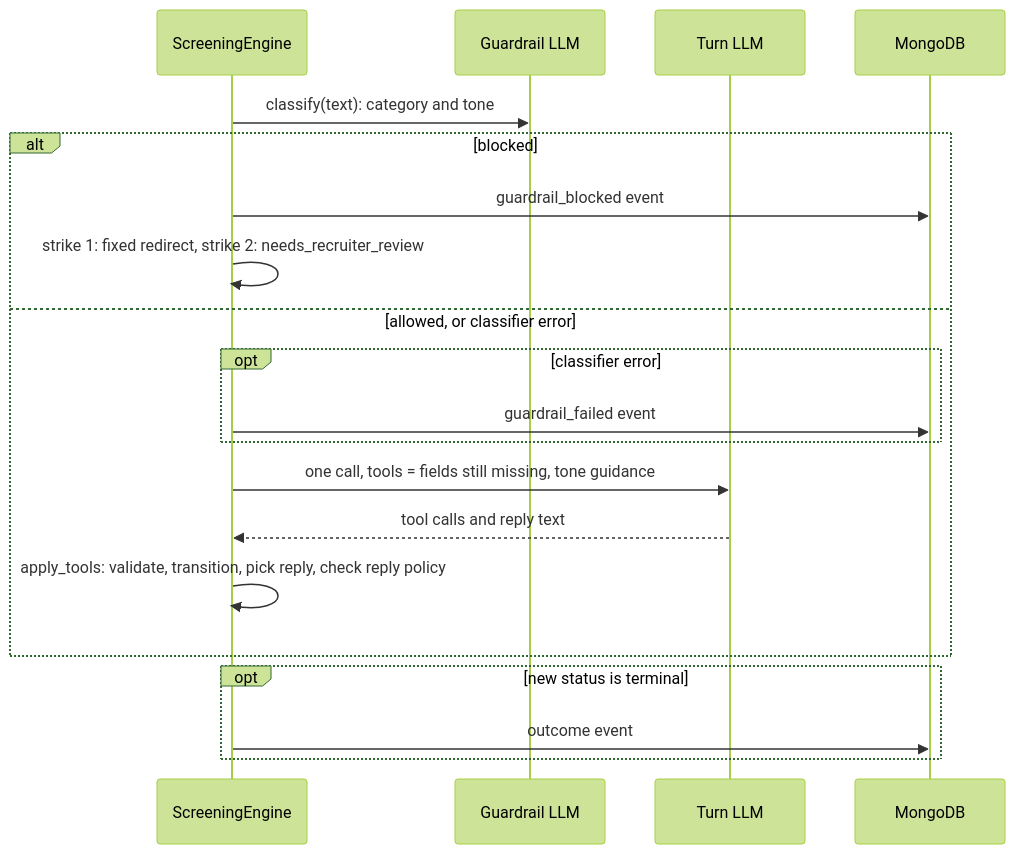
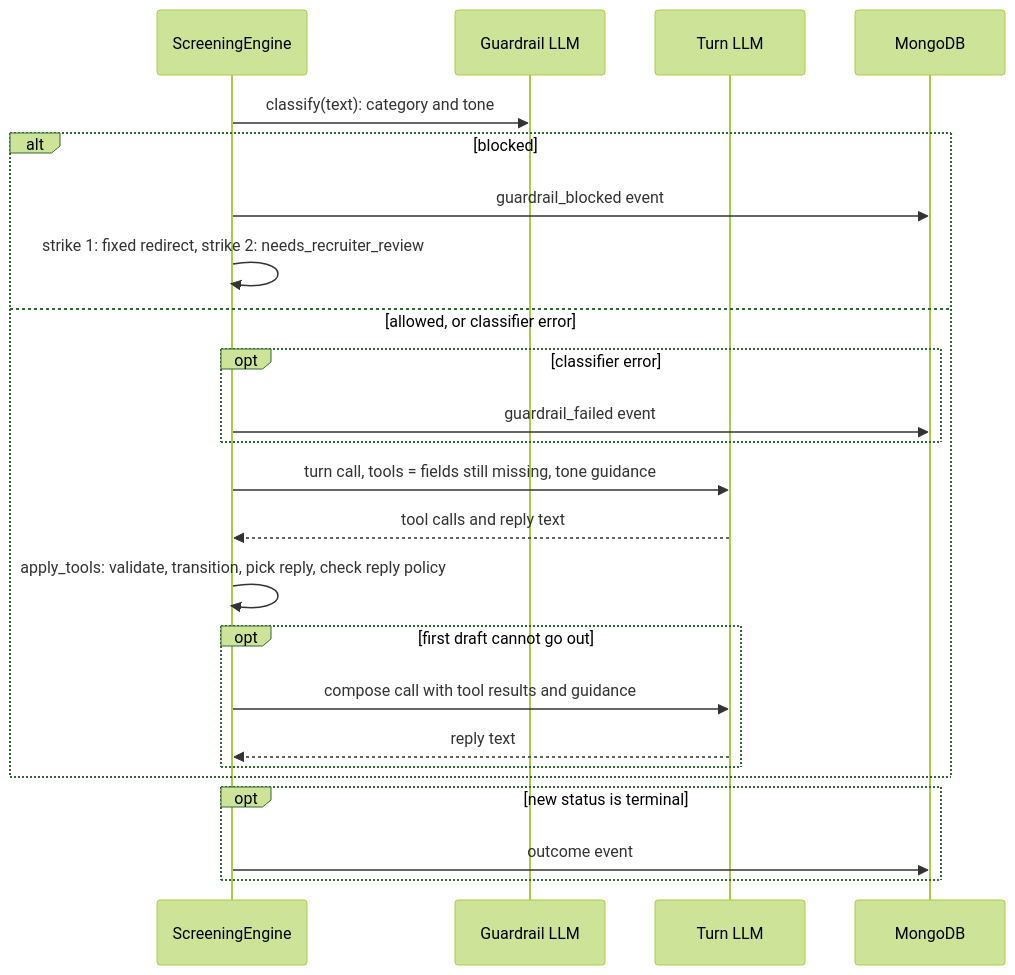
The fourth of 5 diagrams in README.md (bumblB33/grupo-sazon-recruiting), drawn with Mermaid (forest theme) before and after one commit. The commit also changed other lines of this file, not shown here.

````diff
--- a/README.md
+++ b/README.md
@@ -391,23 +296,27 @@
 ```mermaid
 sequenceDiagram
     participant E as ScreeningEngine
     participant G as Guardrail LLM
     participant L as Turn LLM
     participant M as MongoDB
 
     E->>G: classify(text): category and tone
     alt blocked
         E->>M: guardrail_blocked event
         E->>E: strike 1: fixed redirect, strike 2: needs_recruiter_review
     else allowed, or classifier error
         opt classifier error
             E->>M: guardrail_failed event
         end
-        E->>L: one call, tools = fields still missing, tone guidance
+        E->>L: turn call, tools = fields still missing, tone guidance
         L-->>E: tool calls and reply text
         E->>E: apply_tools: validate, transition, pick reply, check reply policy
+        opt first draft cannot go out
+            E->>L: compose call with tool results and guidance
+            L-->>E: reply text
+        end
     end
     opt new status is terminal
         E->>M: outcome event
     end
 ```
````
